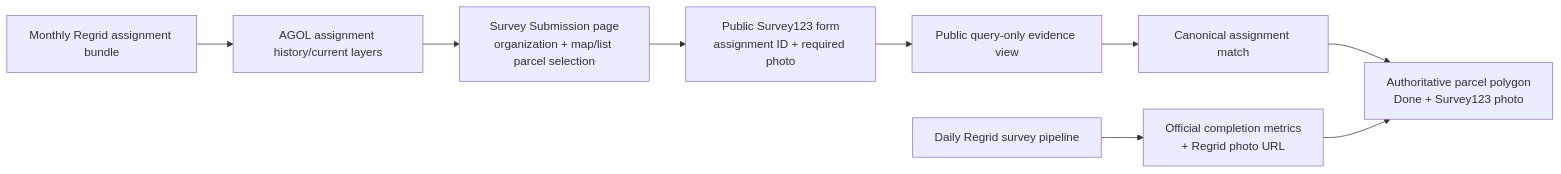
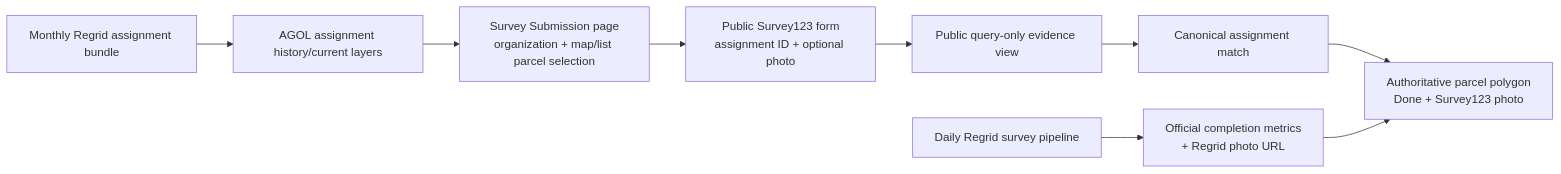
One commit to rutomo-ura/land-care-assurance changed the diagram in docs/landcare-submission-and-evidence-flow.md. Above: the diagram before and after it, drawn with Mermaid. The commit also changed other lines of this file and 2 other files, not shown here.

Commit message:
Allow Survey123 completion without photo

````diff
--- a/docs/landcare-submission-and-evidence-flow.md
+++ b/docs/landcare-submission-and-evidence-flow.md
@@ -11,11 +11,11 @@
 ```mermaid
 flowchart LR
     Bundle["Monthly Regrid assignment bundle"] --> Assign["AGOL assignment history/current layers"]
     Assign --> Intake["Survey Submission page\norganization + map/list parcel selection"]
-    Intake --> Form["Public Survey123 form\nassignment ID + required photo"]
+    Intake --> Form["Public Survey123 form\nassignment ID + optional photo"]
     Form --> EvidenceView["Public query-only evidence view"]
     EvidenceView --> Match["Canonical assignment match"]
     Match --> Monitor["Authoritative parcel polygon\nDone + Survey123 photo"]
     Regrid["Daily Regrid survey pipeline"] --> Official["Official completion metrics\n+ Regrid photo URL"]
     Official --> Monitor
 ```
````
